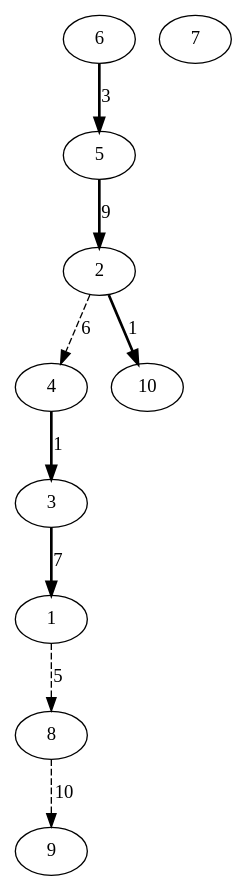
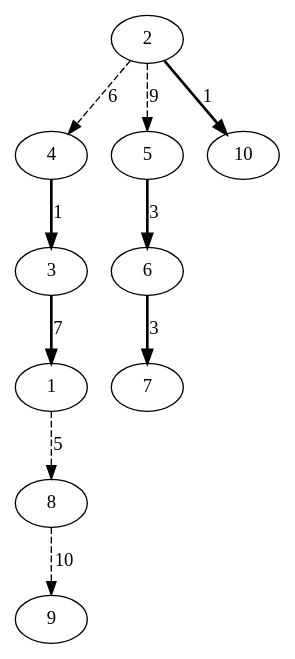
One commit to Musab1Blaser/DynamicTrees_NF changed the diagram in ST-Tree/src/combined_graph.dot. Above: the diagram before and after it, drawn with Graphviz. The commit also changed 10 other files, not shown here.

```diff
--- a/ST-Tree/src/combined_graph.dot
+++ b/ST-Tree/src/combined_graph.dot
@@ -1,20 +1,21 @@
 digraph G {
 4 -> 3 [style=bold, label=1];
 3 -> 1 [style=bold, label=7];
-6 -> 5 [style=bold, label=3];
-5 -> 2 [style=bold, label=9];
+5 -> 6 [style=bold, label=3];
+6 -> 7 [style=bold, label=3];
 2 -> 10 [style=bold, label=1];
 2 -> 4 [style=dashed, label=6];
+2 -> 5 [style=dashed, label=9];
 1 -> 8 [style=dashed, label=5];
 8 -> 9 [style=dashed, label=10];
 1; 
 2; 
 3; 
 4; 
 5; 
 6; 
 7; 
 8; 
 9; 
 10; 
 }
```
